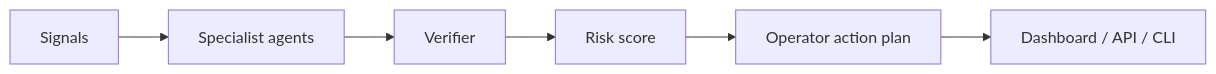
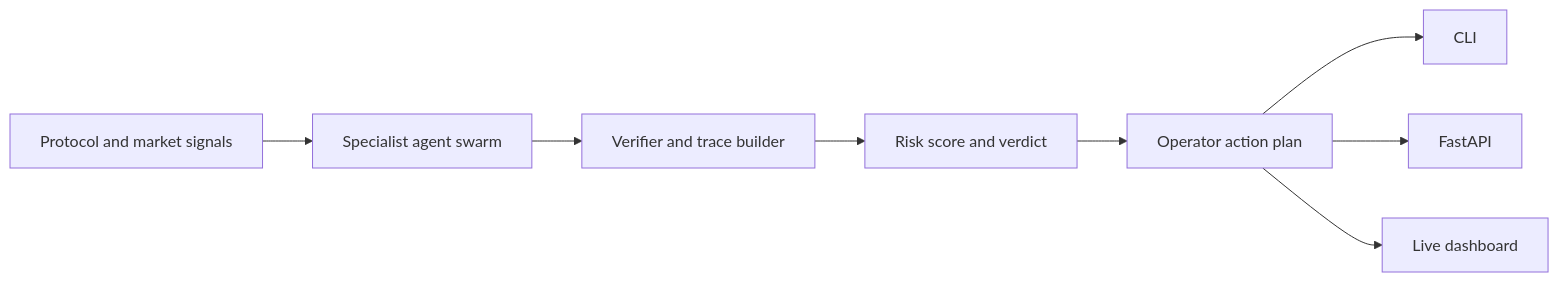
The diagram in README.md (arzillaputriutami-sketch/agent-defi-sentinel), drawn with Mermaid before and after one commit. The commit also changed other lines of this file and 13 other files, not shown here.

Commit message:
feat: upgrade DeFi Sentinel Swarm agent runtime

````diff
--- a/README.md
+++ b/README.md
@@ -67,8 +92,10 @@
 ```mermaid
 flowchart LR
-  A[Signals] --> B[Specialist agents]
-  B --> C[Verifier]
-  C --> D[Risk score]
+  A[Protocol and market signals] --> B[Specialist agent swarm]
+  B --> C[Verifier and trace builder]
+  C --> D[Risk score and verdict]
   D --> E[Operator action plan]
-  E --> F[Dashboard / API / CLI]
+  E --> F[CLI]
+  E --> G[FastAPI]
+  E --> H[Live dashboard]
 ```
````
